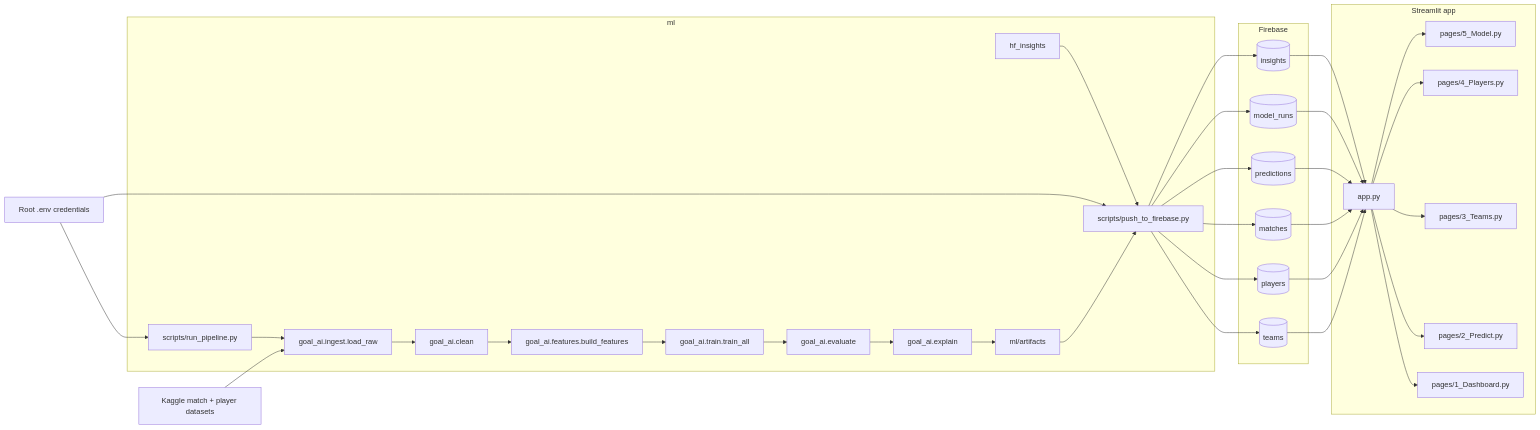
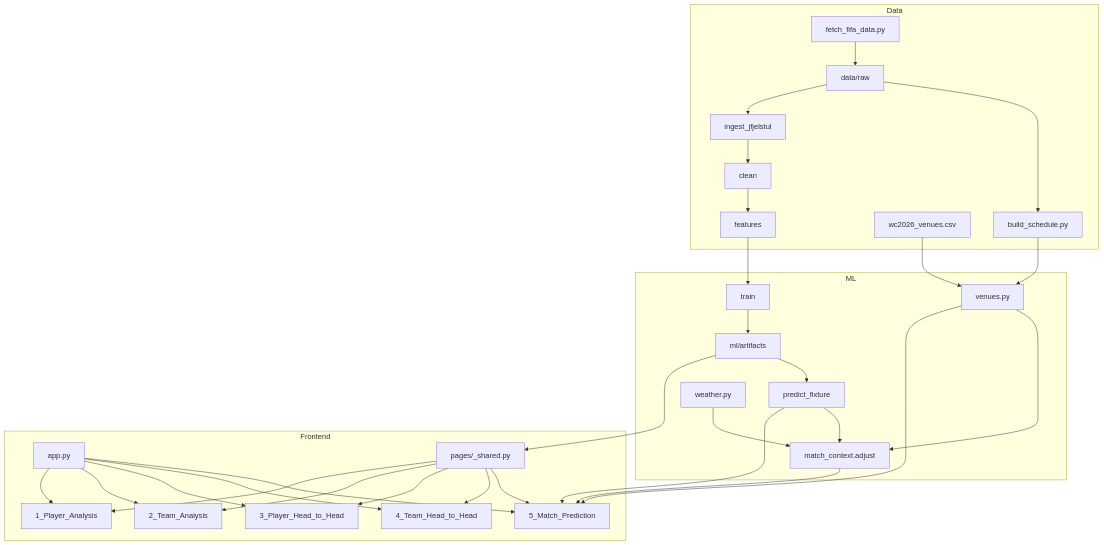
Before and after one commit to saiompatro/GOAL-AI: the diagram in docs/graphify.md, drawn with Mermaid. The commit also changed other lines of this file and 43 other files, not shown here.

````diff
--- a/docs/graphify.md
+++ b/docs/graphify.md
@@ -7,63 +3,61 @@
 ```mermaid
-flowchart LR
-    kaggle[Kaggle match + player datasets]
-    env[Root .env credentials]
-
-    subgraph ml[ml]
-        ingest[goal_ai.ingest.load_raw]
-        clean[goal_ai.clean]
-        features[goal_ai.features.build_features]
-        train[goal_ai.train.train_all]
-        evaluate[goal_ai.evaluate]
-        explain[goal_ai.explain]
-        hf[hf_insights]
-        pipeline[scripts/run_pipeline.py]
-        push[scripts/push_to_firebase.py]
-        artifacts[ml/artifacts]
+flowchart TB
+    subgraph Data
+        raw[data/raw]
+        fetch[fetch_fifa_data.py]
+        sched[build_schedule.py]
+        venuescsv[wc2026_venues.csv]
+        ingest[ingest_jfjelstul]
+        clean[clean]
+        features[features]
     end
 
-    subgraph db[Firebase]
-        teams[(teams)]
-        players[(players)]
-        matches[(matches)]
-        predictions[(predictions)]
-        model_runs[(model_runs)]
-        insights[(insights)]
+    subgraph ML
+        train[train]
+        artifacts[ml/artifacts]
+        predict[predict_fixture]
+        venues[venues.py]
+        weather[weather.py]
+        context[match_context.adjust]
     end
 
-    subgraph web[Streamlit app]
+    subgraph Frontend
         appentry[app.py]
-        dashboard[pages/1_Dashboard.py]
-        predict[pages/2_Predict.py]
-        teamsPage[pages/3_Teams.py]
-        playersPage[pages/4_Players.py]
-        modelPage[pages/5_Model.py]
+        shared[pages/_shared.py]
+        p1[1_Player_Analysis]
+        p2[2_Team_Analysis]
+        p3[3_Player_Head_to_Head]
+        p4[4_Team_Head_to_Head]
+        p5[5_Match_Prediction]
     end
 
-    kaggle --> ingest
-    env --> pipeline
-    env --> push
-    pipeline --> ingest --> clean --> features --> train --> evaluate --> explain --> artifacts
-    artifacts --> push
-    hf --> push
+    fetch --> raw
+    raw --> ingest
+    raw --> sched
+    sched --> venues
+    venuescsv --> venues
+    ingest --> clean
+    clean --> features
+    features --> train
+    train --> artifacts
 
-    push --> teams
-    push --> players
-    push --> matches
-    push --> predictions
-    push --> model_runs
-    push --> insights
+    artifacts --> shared
+    shared --> p1
+    shared --> p2
+    shared --> p3
+    shared --> p4
+    shared --> p5
+    appentry --> p1
+    appentry --> p2
+    appentry --> p3
+    appentry --> p4
+    appentry --> p5
 
-    teams --> appentry
-    players --> appentry
-    matches --> appentry
-    predictions --> appentry
-    model_runs --> appentry
-    insights --> appentry
-
-    appentry --> dashboard
-    appentry --> predict
-    appentry --> teamsPage
-    appentry --> playersPage
-    appentry --> modelPage
+    artifacts --> predict
+    predict --> p5
+    venues --> p5
+    weather --> context
+    venues --> context
+    predict --> context
+    context --> p5
 ```
````
